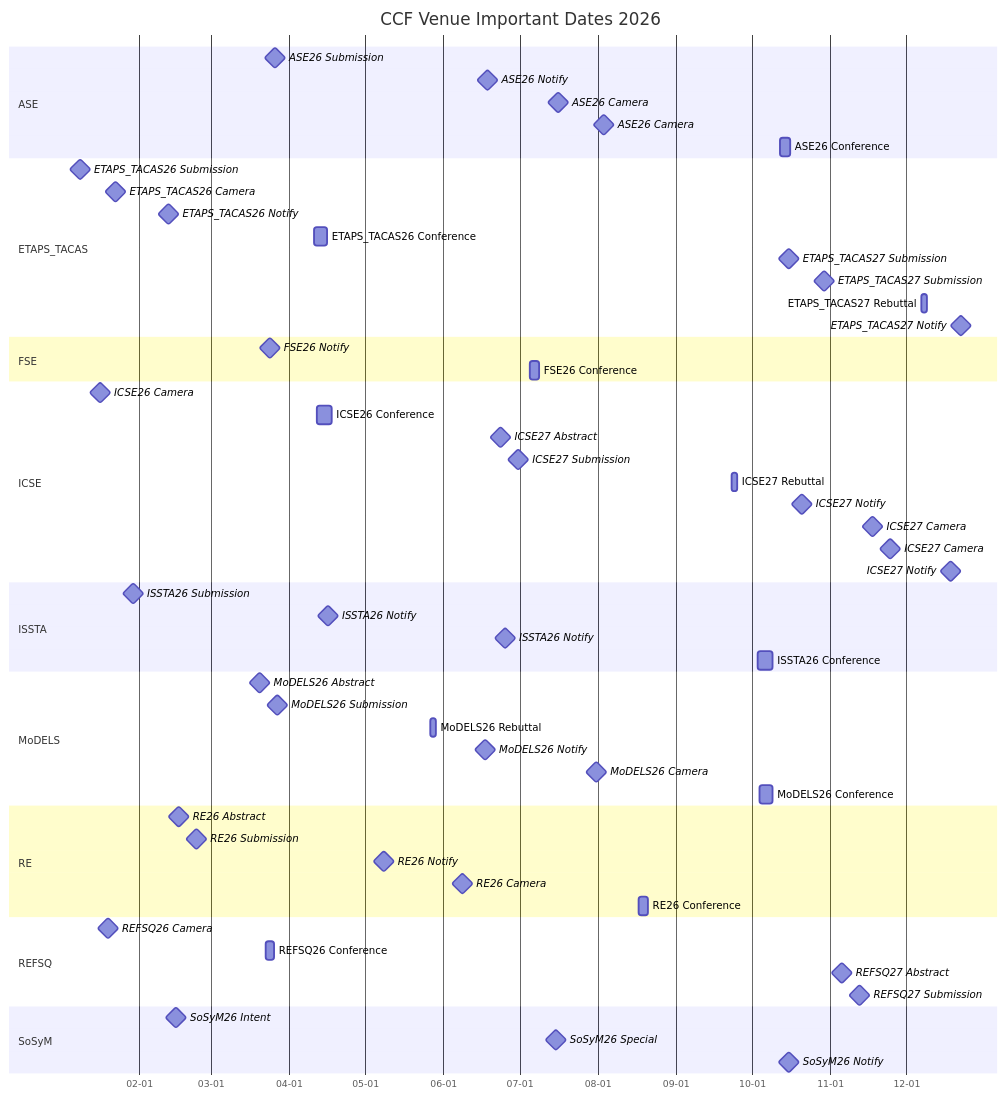
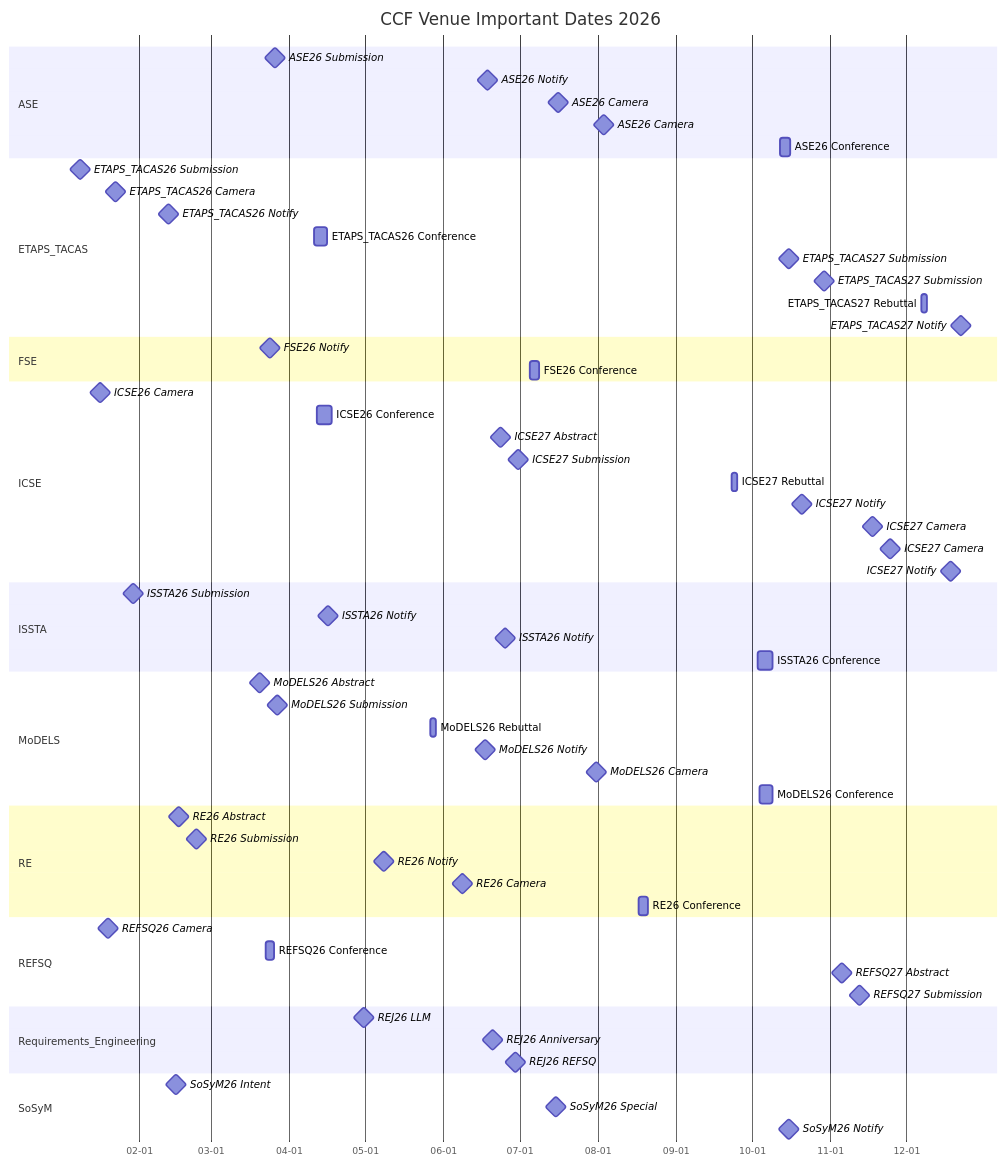
One commit to HansBug/research_ideas changed the third of 9 diagrams in ccf_venues/TIMELINE.md. Above: the diagram before and after it, drawn with Mermaid. The commit also changed other lines of this file and 26 other files, not shown here.

````diff
--- a/ccf_venues/TIMELINE.md
+++ b/ccf_venues/TIMELINE.md
@@ -198,71 +203,76 @@
 ```mermaid
 gantt
   title CCF Venue Important Dates 2026
   dateFormat YYYY-MM-DD
   axisFormat %m-%d
 
   section ASE
   ASE26 Submission :milestone, ase_2026_1_20260326, 2026-03-26, 1d
   ASE26 Notify :milestone, ase_2026_2_20260618, 2026-06-18, 1d
   ASE26 Camera :milestone, ase_2026_3_20260716, 2026-07-16, 1d
   ASE26 Camera :milestone, ase_2026_4_20260803, 2026-08-03, 1d
   ASE26 Conference :ase_2026_5_20261012, 2026-10-12, 2026-10-16
 
   section ETAPS_TACAS
   ETAPS_TACAS26 Submission :milestone, etaps_tacas_2026_1_20260108, 2026-01-08, 1d
   ETAPS_TACAS26 Camera :milestone, etaps_tacas_2026_2_20260122, 2026-01-22, 1d
   ETAPS_TACAS26 Notify :milestone, etaps_tacas_2026_3_20260212, 2026-02-12, 1d
   ETAPS_TACAS26 Conference :etaps_tacas_2026_4_20260411, 2026-04-11, 2026-04-16
   ETAPS_TACAS27 Submission :milestone, etaps_tacas_2026_5_20261015, 2026-10-15, 1d
   ETAPS_TACAS27 Submission :milestone, etaps_tacas_2026_6_20261029, 2026-10-29, 1d
   ETAPS_TACAS27 Rebuttal :etaps_tacas_2026_7_20261207, 2026-12-07, 2026-12-09
   ETAPS_TACAS27 Notify :milestone, etaps_tacas_2026_8_20261222, 2026-12-22, 1d
 
   section FSE
   FSE26 Notify :milestone, fse_2026_1_20260324, 2026-03-24, 1d
   FSE26 Conference :fse_2026_2_20260705, 2026-07-05, 2026-07-09
 
   section ICSE
   ICSE26 Camera :milestone, icse_2026_1_20260116, 2026-01-16, 1d
   ICSE26 Conference :icse_2026_2_20260412, 2026-04-12, 2026-04-18
   ICSE27 Abstract :milestone, icse_2026_3_20260623, 2026-06-23, 1d
   ICSE27 Submission :milestone, icse_2026_4_20260630, 2026-06-30, 1d
   ICSE27 Rebuttal :icse_2026_5_20260923, 2026-09-23, 2026-09-25
   ICSE27 Notify :milestone, icse_2026_6_20261020, 2026-10-20, 1d
   ICSE27 Camera :milestone, icse_2026_7_20261117, 2026-11-17, 1d
   ICSE27 Camera :milestone, icse_2026_8_20261124, 2026-11-24, 1d
   ICSE27 Notify :milestone, icse_2026_9_20261218, 2026-12-18, 1d
 
   section ISSTA
   ISSTA26 Submission :milestone, issta_2026_1_20260129, 2026-01-29, 1d
   ISSTA26 Notify :milestone, issta_2026_2_20260416, 2026-04-16, 1d
   ISSTA26 Notify :milestone, issta_2026_3_20260625, 2026-06-25, 1d
   ISSTA26 Conference :issta_2026_4_20261003, 2026-10-03, 2026-10-09
 
   section MoDELS
   MoDELS26 Abstract :milestone, models_2026_1_20260320, 2026-03-20, 1d
   MoDELS26 Submission :milestone, models_2026_2_20260327, 2026-03-27, 1d
   MoDELS26 Rebuttal :models_2026_3_20260527, 2026-05-27, 2026-05-29
   MoDELS26 Notify :milestone, models_2026_4_20260617, 2026-06-17, 1d
   MoDELS26 Camera :milestone, models_2026_5_20260731, 2026-07-31, 1d
   MoDELS26 Conference :models_2026_6_20261004, 2026-10-04, 2026-10-09
 
   section RE
   RE26 Abstract :milestone, re_2026_1_20260216, 2026-02-16, 1d
   RE26 Submission :milestone, re_2026_2_20260223, 2026-02-23, 1d
   RE26 Notify :milestone, re_2026_3_20260508, 2026-05-08, 1d
   RE26 Camera :milestone, re_2026_4_20260608, 2026-06-08, 1d
   RE26 Conference :re_2026_5_20260817, 2026-08-17, 2026-08-21
 
   section REFSQ
   REFSQ26 Camera :milestone, refsq_2026_1_20260119, 2026-01-19, 1d
   REFSQ26 Conference :refsq_2026_2_20260323, 2026-03-23, 2026-03-26
   REFSQ27 Abstract :milestone, refsq_2026_3_20261105, 2026-11-05, 1d
   REFSQ27 Submission :milestone, refsq_2026_4_20261112, 2026-11-12, 1d
 
+  section Requirements_Engineering
+  REJ26 LLM :milestone, rej_2026_1_20260430, 2026-04-30, 1d
+  REJ26 Anniversary :milestone, rej_2026_2_20260620, 2026-06-20, 1d
+  REJ26 REFSQ :milestone, rej_2026_3_20260629, 2026-06-29, 1d
+
   section SoSyM
   SoSyM26 Intent :milestone, sosym_2026_1_20260215, 2026-02-15, 1d
   SoSyM26 Special :milestone, sosym_2026_2_20260715, 2026-07-15, 1d
   SoSyM26 Notify :milestone, sosym_2026_3_20261015, 2026-10-15, 1d
 
 ```
````
